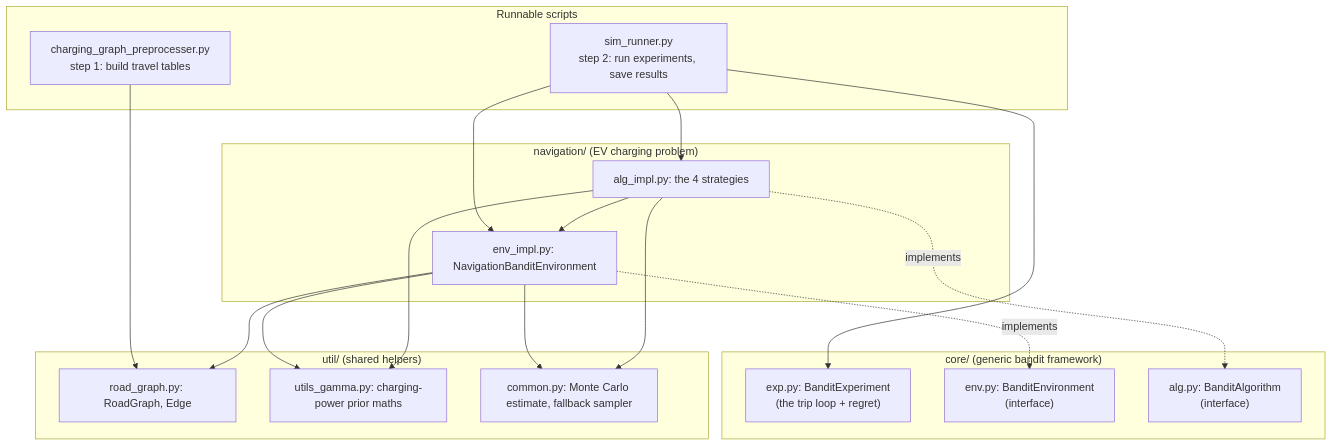
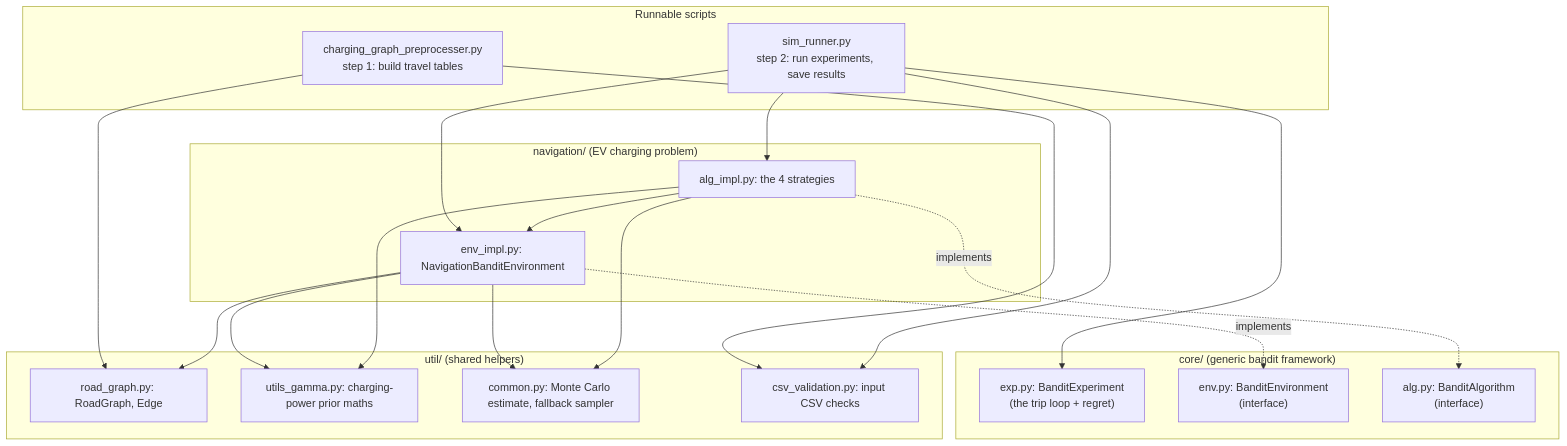
The first of 3 diagrams in docs/wiki/Architecture.md (abhirishi1/eene-nav-bandit-sim), drawn with Mermaid before and after one commit. The commit also changed other lines of this file and 8 other files, not shown here.

````diff
--- a/docs/wiki/Architecture.md
+++ b/docs/wiki/Architecture.md
@@ -9,33 +9,36 @@
 ```mermaid
 flowchart TB
     subgraph scripts["Runnable scripts"]
         PRE["charging_graph_preprocesser.py<br/>step 1: build travel tables"]
         SIM["sim_runner.py<br/>step 2: run experiments, save results"]
     end
     subgraph core["core/ (generic bandit framework)"]
         EXP["exp.py: BanditExperiment<br/>(the trip loop + regret)"]
         ENV["env.py: BanditEnvironment<br/>(interface)"]
         ALG["alg.py: BanditAlgorithm<br/>(interface)"]
     end
     subgraph nav["navigation/ (EV charging problem)"]
         NENV["env_impl.py: NavigationBanditEnvironment"]
         NALG["alg_impl.py: the 4 strategies"]
     end
     subgraph util["util/ (shared helpers)"]
         RG["road_graph.py: RoadGraph, Edge"]
         UG["utils_gamma.py: charging-power prior maths"]
         CM["common.py: Monte Carlo estimate, fallback sampler"]
+        CV["csv_validation.py: input CSV checks"]
     end
     PRE --> RG
+    PRE --> CV
+    SIM --> CV
     SIM --> EXP
     SIM --> NENV
     SIM --> NALG
     NENV -. implements .-> ENV
     NALG -. implements .-> ALG
     NALG --> NENV
     NENV --> RG
     NENV --> UG
     NENV --> CM
     NALG --> UG
     NALG --> CM
 ```
````
